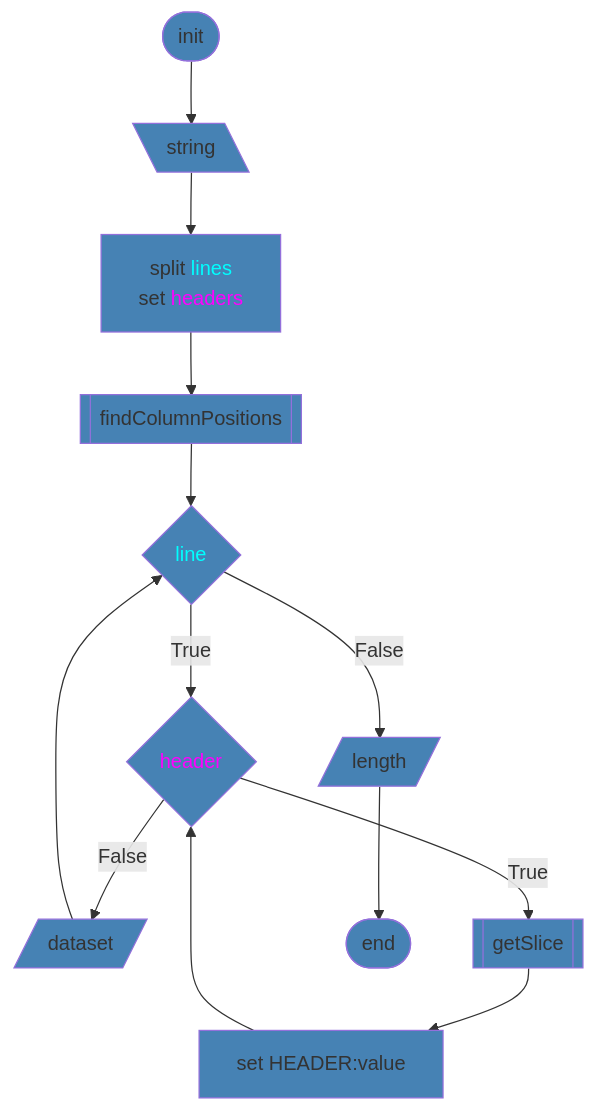
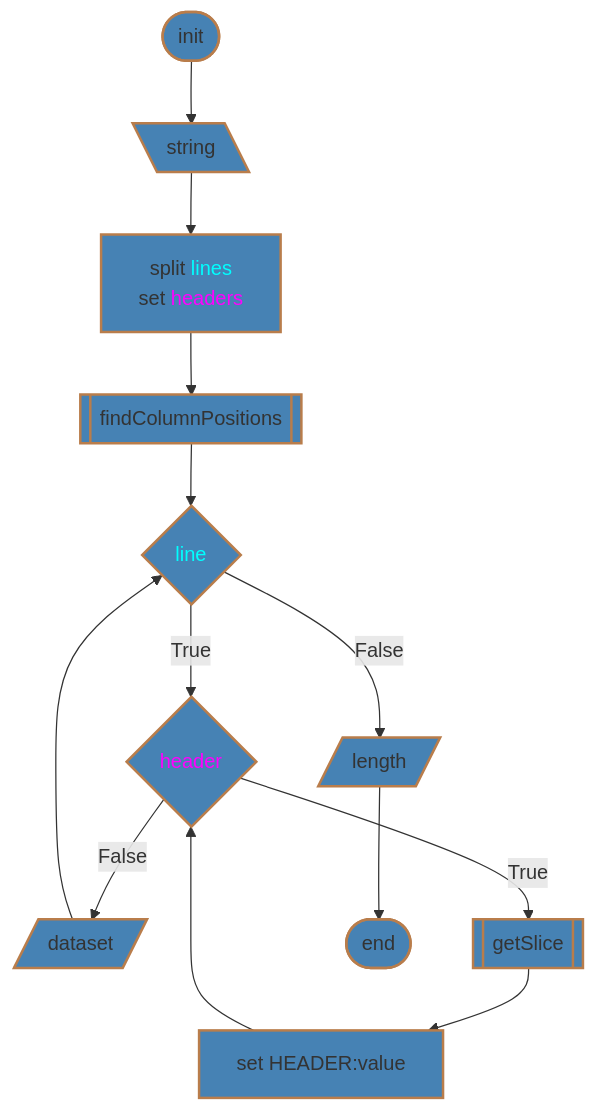
Before and after one commit to 7s4e/p3: the fourth of 20 diagrams in scripts/table/design.md, drawn with Mermaid. The commit also changed other lines of this file, not shown here.

````diff
--- a/scripts/table/design.md
+++ b/scripts/table/design.md
@@ -131,28 +131,28 @@
 ```mermaid
 flowchart
-    classDef fill fill:#4682b4
-    STR([init]):::fill
+    classDef shape fill:#4682b4,stroke:#b97d4b,stroke-width:2px
+    STR([init]):::shape
         STR --> TBS
-    TBS[\string\]:::fill
+    TBS[\string\]:::shape
         TBS --> SPT
     SPT["split <span style='color:cyan;'>lines</span>
-         set <span style='color:magenta;'>headers</span>"]:::fill
+         set <span style='color:magenta;'>headers</span>"]:::shape
         SPT --> FCP
-    FCP[[findColumnPositions]]:::fill
+    FCP[[findColumnPositions]]:::shape
         FCP --> LNS
-    LNS{"<span style='color:cyan;'>line</span>"}:::fill
+    LNS{"<span style='color:cyan;'>line</span>"}:::shape
         LNS -- True  --> HDR
         SDS          --> LNS
         LNS -- False --> SLN
-    HDR{"<span style='color:magenta;'>header</span>"}:::fill
+    HDR{"<span style='color:magenta;'>header</span>"}:::shape
         HDR -- True  --> GSL
         SHV          --> HDR
         HDR -- False --> SDS
-    GSL[[getSlice]]:::fill
+    GSL[[getSlice]]:::shape
         GSL --> SHV
-    SDS[/dataset/]:::fill
-    SLN[/length/]:::fill
+    SDS[/dataset/]:::shape
+    SLN[/length/]:::shape
         SLN --> END
-    SHV[set HEADER:value]:::fill
-    END([end]):::fill
+    SHV[set HEADER:value]:::shape
+    END([end]):::shape
 ```
````
